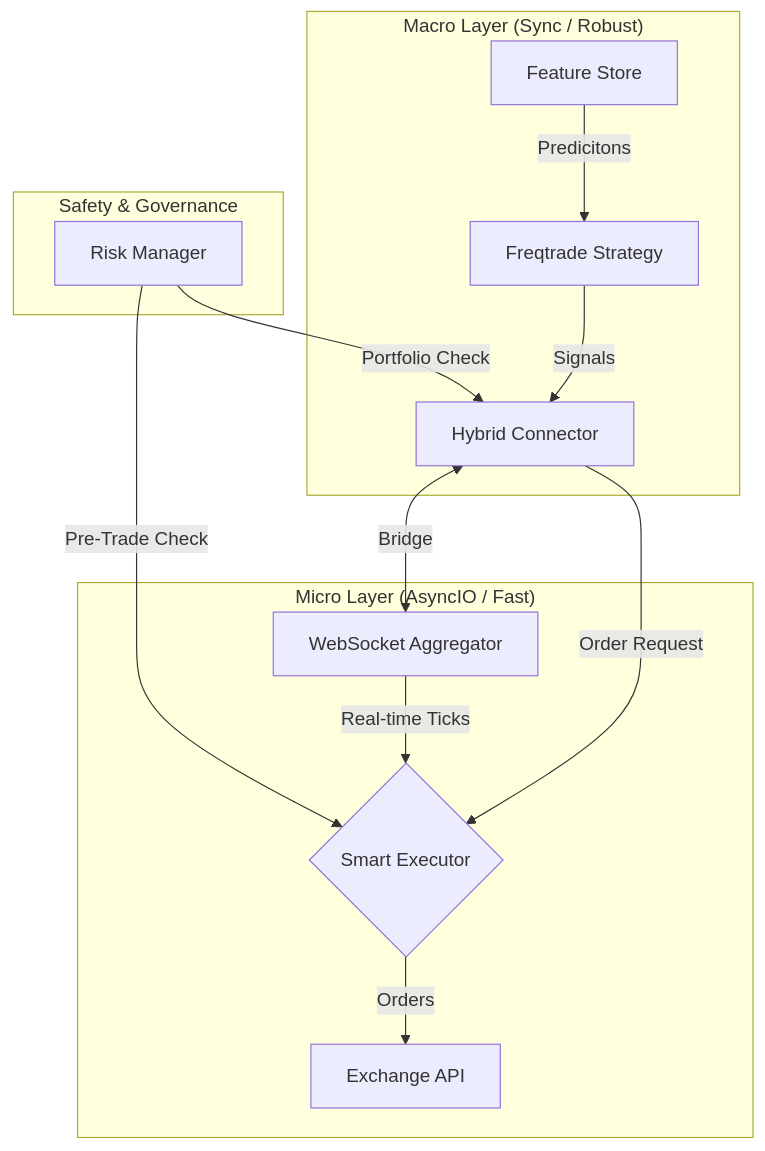
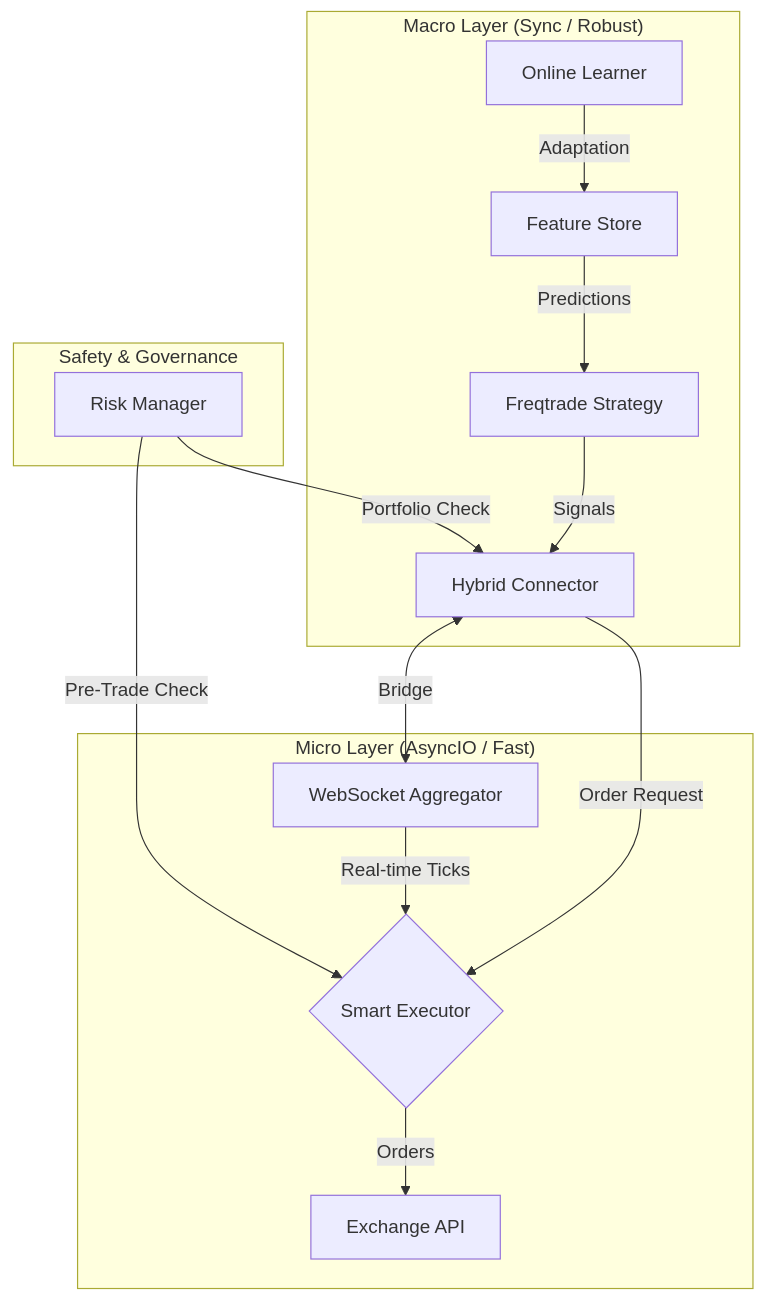
Before and after one commit to kandibobe/mft-algotrade-bot: the diagram in README.md, drawn with Mermaid. The commit also changed other lines of this file and 96 other files, not shown here.

````diff
--- a/README.md
+++ b/README.md
@@ -94,20 +105,21 @@
 ```mermaid
 graph TD
     subgraph "Micro Layer (AsyncIO / Fast)"
     WS[WebSocket Aggregator] -->|Real-time Ticks| EX{Smart Executor}
     EX -->|Orders| API[Exchange API]
     end
 
     subgraph "Macro Layer (Sync / Robust)"
     FT[Freqtrade Strategy] -->|Signals| HC[Hybrid Connector]
-    ML[Feature Store] -->|Predicitons| FT
+    ML[Feature Store] -->|Predictions| FT
+    OL[Online Learner] -->|Adaptation| ML
     end
 
     subgraph "Safety & Governance"
     RM[Risk Manager] -->|Pre-Trade Check| EX
     RM -->|Portfolio Check| HC
     end
 
     HC <-->|Bridge| WS
     HC -->|Order Request| EX
 ```
````
